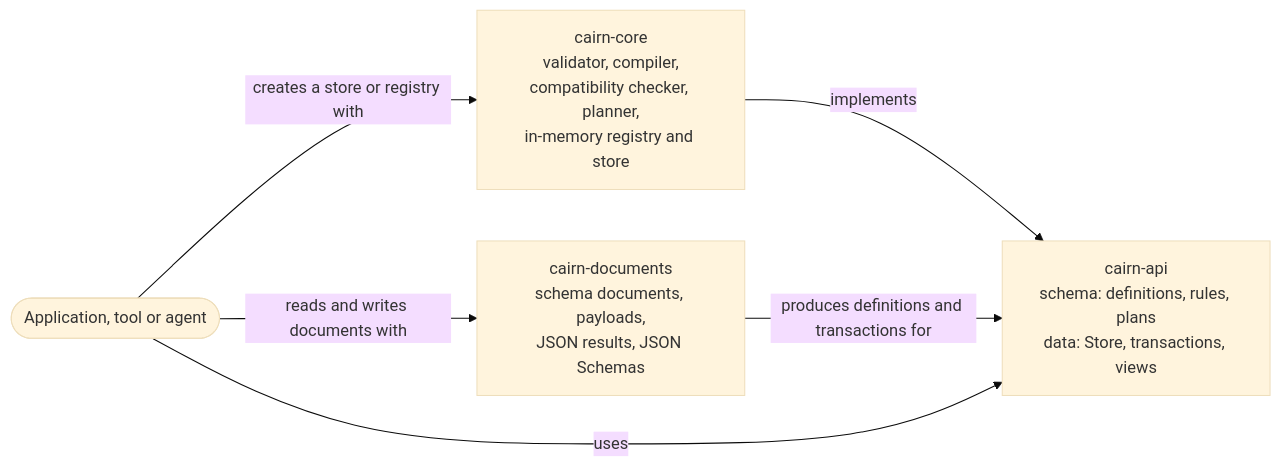
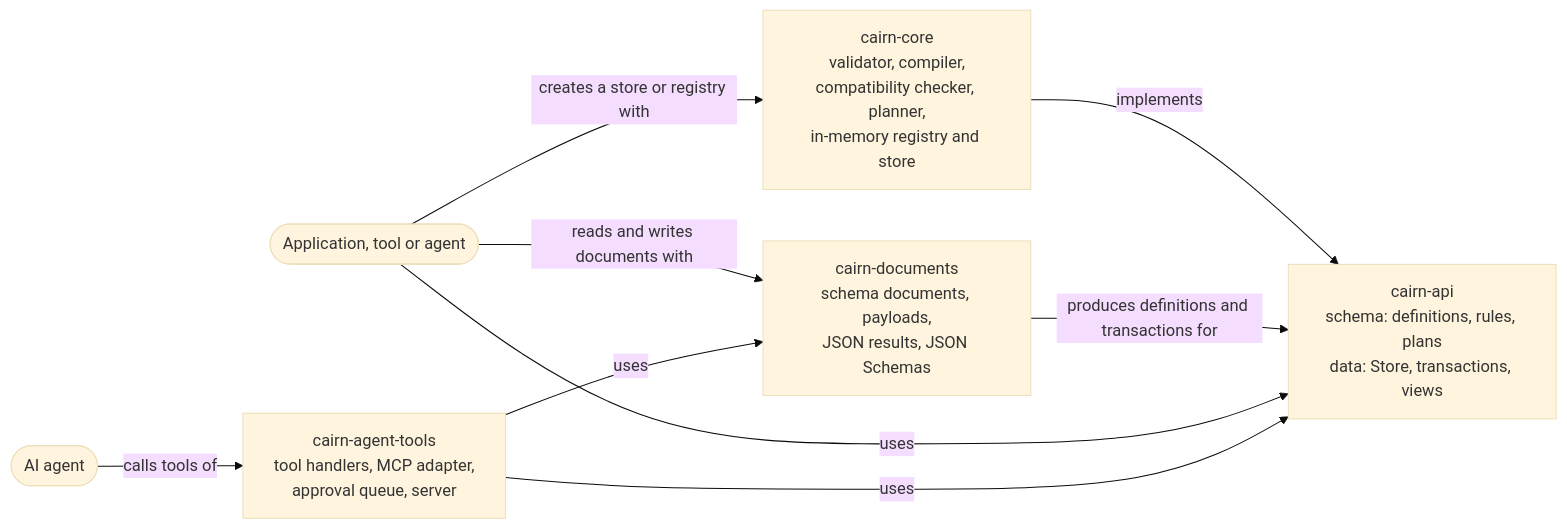
The second of 3 diagrams in docs/architecture/README.md (enricoag1982/Cairn), drawn with Mermaid (base theme) before and after one commit. The commit also changed other lines of this file and 3 other files, not shown here.

First line of the commit message:
docs: describe agent tools in the architecture, a guide and the status lines

````diff
--- a/docs/architecture/README.md
+++ b/docs/architecture/README.md
@@ -73,8 +76,11 @@
 ```mermaid
 flowchart LR
     core[cairn-core<br/>validator, compiler,<br/>compatibility checker, planner,<br/>in-memory registry and store] -->|implements| api[cairn-api<br/>schema: definitions, rules, plans<br/>data: Store, transactions, views]
     docs[cairn-documents<br/>schema documents, payloads,<br/>JSON results, JSON Schemas] -->|produces definitions and transactions for| api
     app([Application, tool or agent]) -->|uses| api
     app -->|creates a store or registry with| core
     app -->|reads and writes documents with| docs
+    tools[cairn-agent-tools<br/>tool handlers, MCP adapter,<br/>approval queue, server] -->|uses| api
+    tools -->|uses| docs
+    agent([AI agent]) -->|calls tools of| tools
 ```
````
